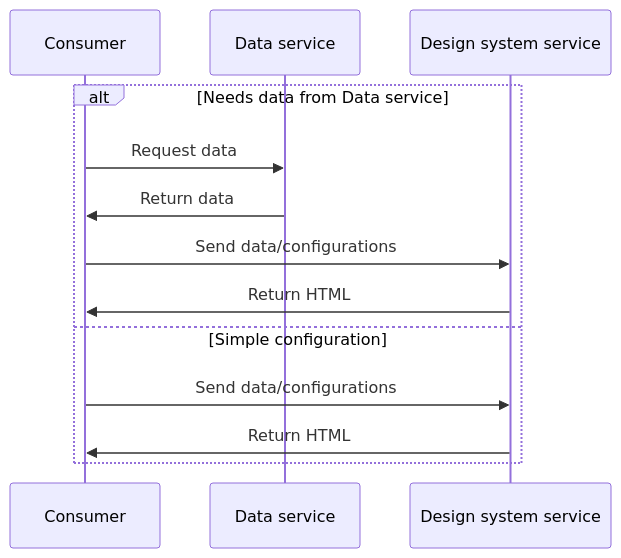
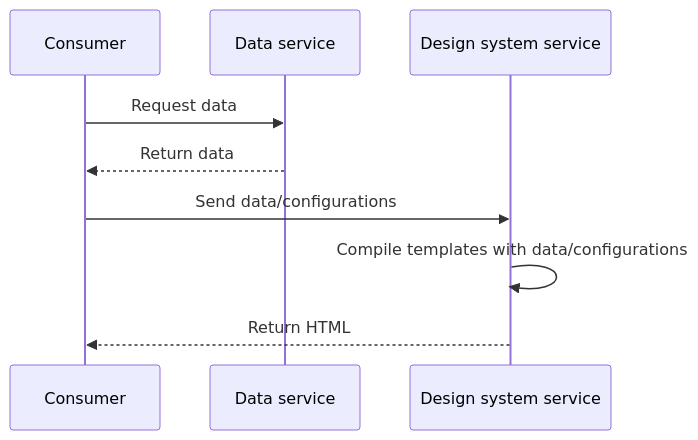
The third of 3 diagrams in README.md (matteo-gildone/reimagined-fishstick), drawn with Mermaid before and after one commit. The commit also changed other lines of this file, not shown here.

Commit message:
Update diagrams

````diff
--- a/README.md
+++ b/README.md
@@ -62,15 +54,12 @@
 ```mermaid
 sequenceDiagram
   participant C as Consumer
   participant DS as Data service
   participant DSS as Design system service
-    alt Needs data from Data service
-        C->>DS: Request data
-        DS->>C: Return data
-        C->>DSS: Send data/configurations
-        DSS->>C: Return HTML
-    else Simple configuration
-        C->>DSS: Send data/configurations
-        DSS->>C: Return HTML
-    end
+
+  C->>DS: Request data
+  DS-->>C: Return data
+  C->>DSS: Send data/configurations
+  DSS->>DSS: Compile templates with data/configurations
+  DSS-->>C: Return HTML
 ```
````
